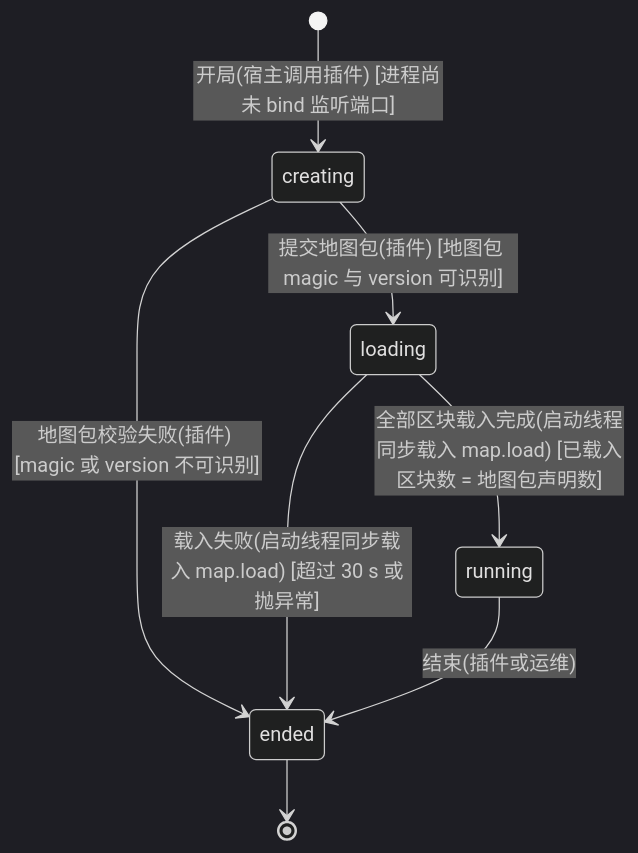
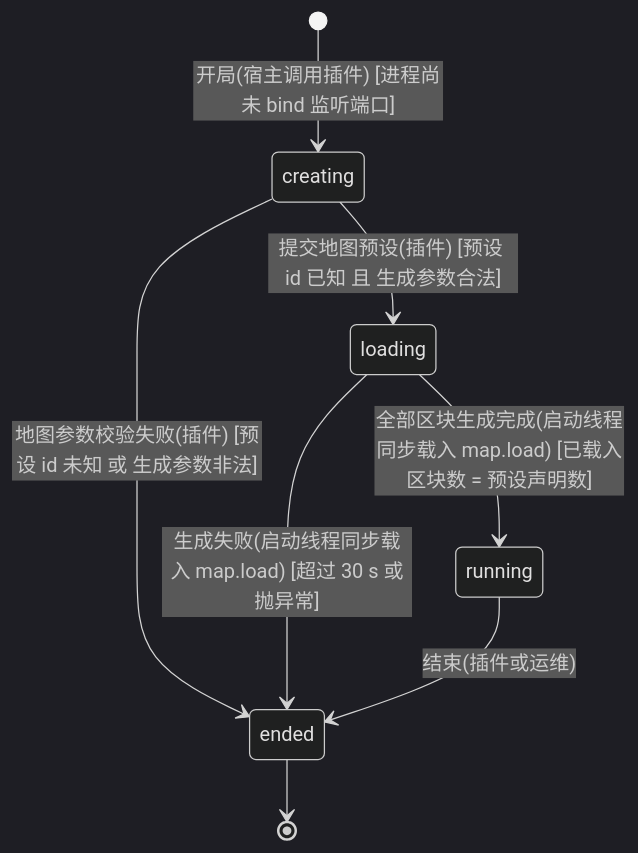
Before and after one commit to Bearisbug/synaxis: the fifth of 9 diagrams in docs/DESIGN-M2.md, drawn with Mermaid (dark theme). The commit also changed other lines of this file and 1 other file, not shown here.

````diff
--- a/docs/DESIGN-M2.md
+++ b/docs/DESIGN-M2.md
@@ -502,10 +495,10 @@
 ```mermaid
 stateDiagram-v2
   [*] --> creating : 开局(宿主调用插件) [进程尚未 bind 监听端口]
-  creating --> loading : 提交地图包(插件) [地图包 magic 与 version 可识别]
-  creating --> ended : 地图包校验失败(插件) [magic 或 version 不可识别]
-  loading --> running : 全部区块载入完成(启动线程同步载入 map.load) [已载入区块数 = 地图包声明数]
-  loading --> ended : 载入失败(启动线程同步载入 map.load) [超过 30 s 或抛异常]
+  creating --> loading : 提交地图预设(插件) [预设 id 已知 且 生成参数合法]
+  creating --> ended : 地图参数校验失败(插件) [预设 id 未知 或 生成参数非法]
+  loading --> running : 全部区块生成完成(启动线程同步载入 map.load) [已载入区块数 = 预设声明数]
+  loading --> ended : 生成失败(启动线程同步载入 map.load) [超过 30 s 或抛异常]
   running --> ended : 结束(插件或运维)
   ended --> [*]
 ```
````
